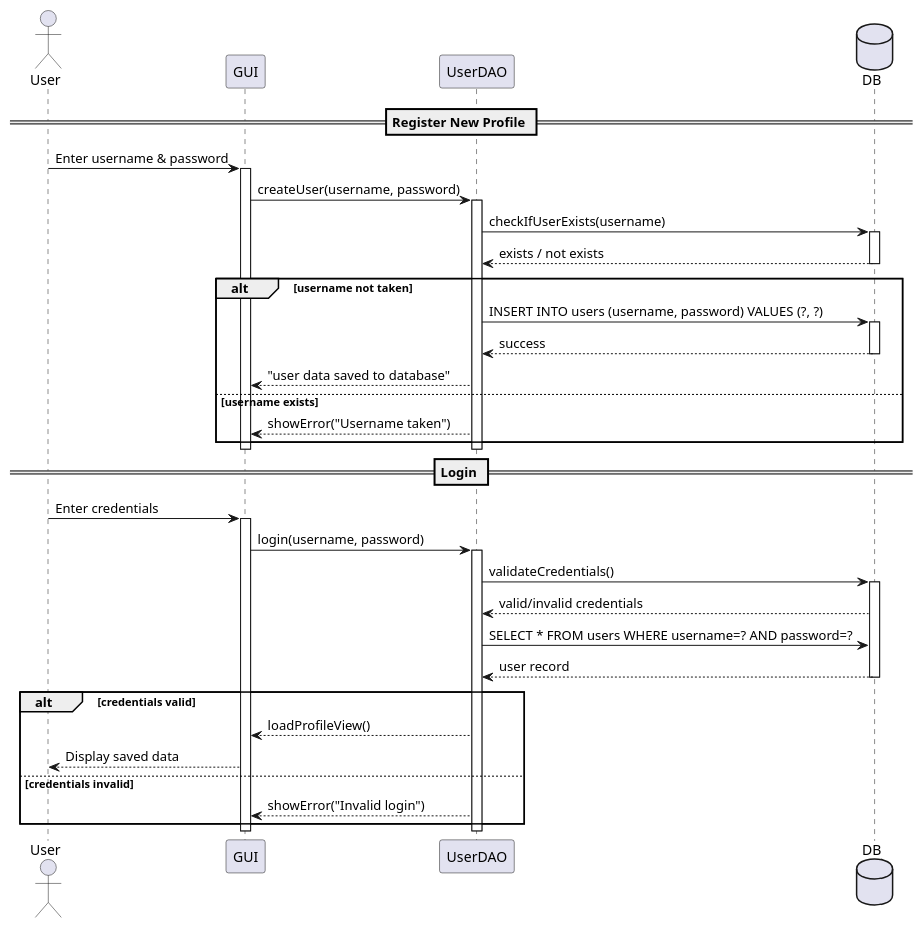
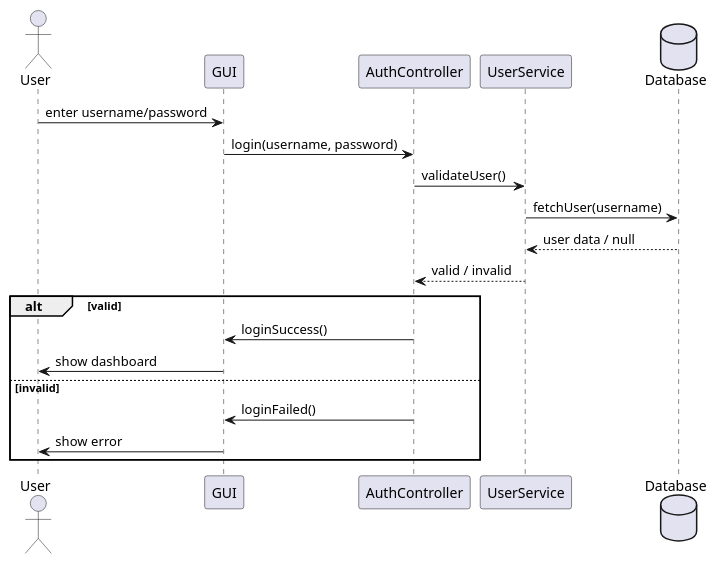
Before and after one commit to noahdc06/SoftwareDesignProject: the diagram in sequence_diagrams/case1.puml, drawn with PlantUML.

```diff
--- a/sequence_diagrams/case1.puml
+++ b/sequence_diagrams/case1.puml
@@ -1,63 +1,24 @@
-@startuml
+@startuml case1_login
 actor User
-participant GUI
-participant UserDAO
-database DB
+participant "GUI" as UI
+participant "AuthController" as Auth
+participant "UserService" as Service
+database "Database" as DB
 
-== Register New Profile ==
+User -> UI : enter username/password
+UI -> Auth : login(username, password)
 
-User -> GUI : Enter username & password
-activate GUI
+Auth -> Service : validateUser()
+Service -> DB : fetchUser(username)
 
-GUI -> UserDAO : createUser(username, password)
-activate UserDAO
+DB --> Service : user data / null
+Service --> Auth : valid / invalid
 
-UserDAO -> DB : checkIfUserExists(username)
-activate DB
-DB --> UserDAO : exists / not exists
-deactivate DB
-
-alt username not taken
-    UserDAO -> DB : INSERT INTO users (username, password) VALUES (?, ?)
-    activate DB
-    DB --> UserDAO : success
-    deactivate DB
-
-    UserDAO -->  GUI : "user data saved to database"
-else username exists
-    UserDAO --> GUI : showError("Username taken")
+alt valid
+    Auth -> UI : loginSuccess()
+    UI -> User : show dashboard
+else invalid
+    Auth -> UI : loginFailed()
+    UI -> User : show error
 end
-
-deactivate UserDAO
-deactivate GUI
-
-
-== Login ==
-
-User -> GUI : Enter credentials
-activate GUI
-
-GUI -> UserDAO : login(username, password)
-activate UserDAO
-
-UserDAO -> DB : validateCredentials()
-activate DB
-DB --> UserDAO : valid/invalid credentials
-
-UserDAO -> DB : SELECT * FROM users WHERE username=? AND password=?
-
-
-DB --> UserDAO : user record
-deactivate DB
-
-alt credentials valid
-    UserDAO --> GUI : loadProfileView()
-    GUI --> User : Display saved data
-else credentials invalid
-    UserDAO --> GUI : showError("Invalid login")
-end
-
-deactivate UserDAO
-deactivate GUI
-
 @enduml
```
